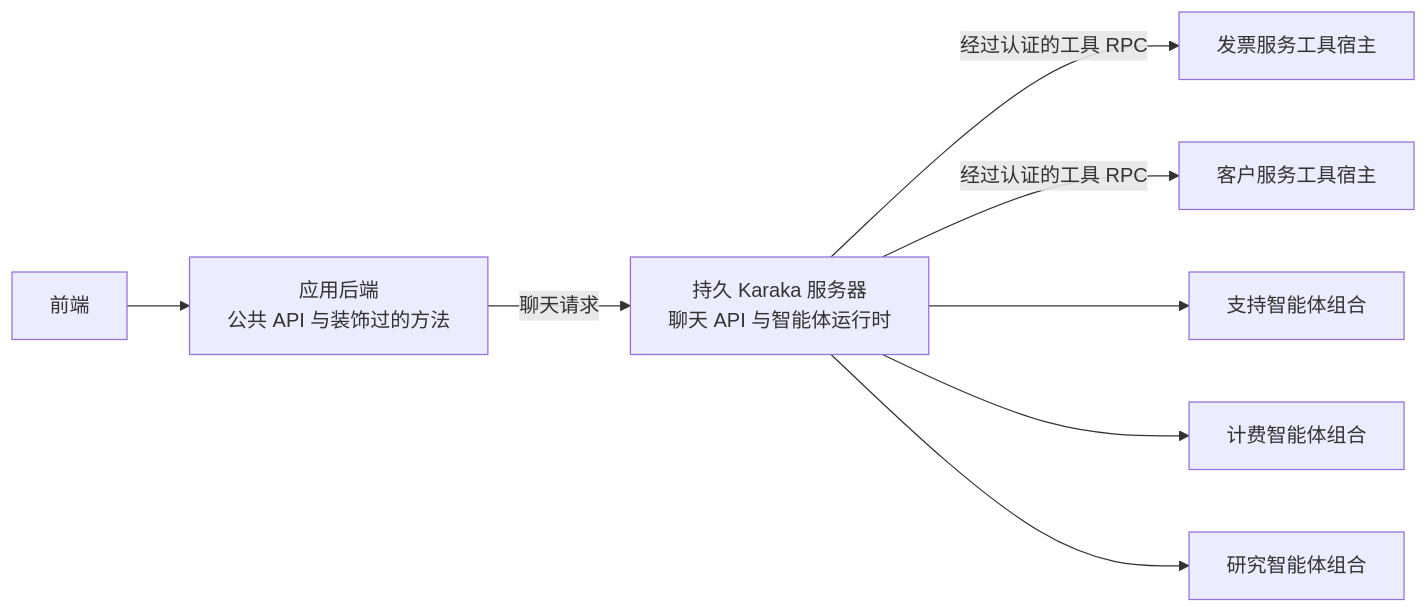
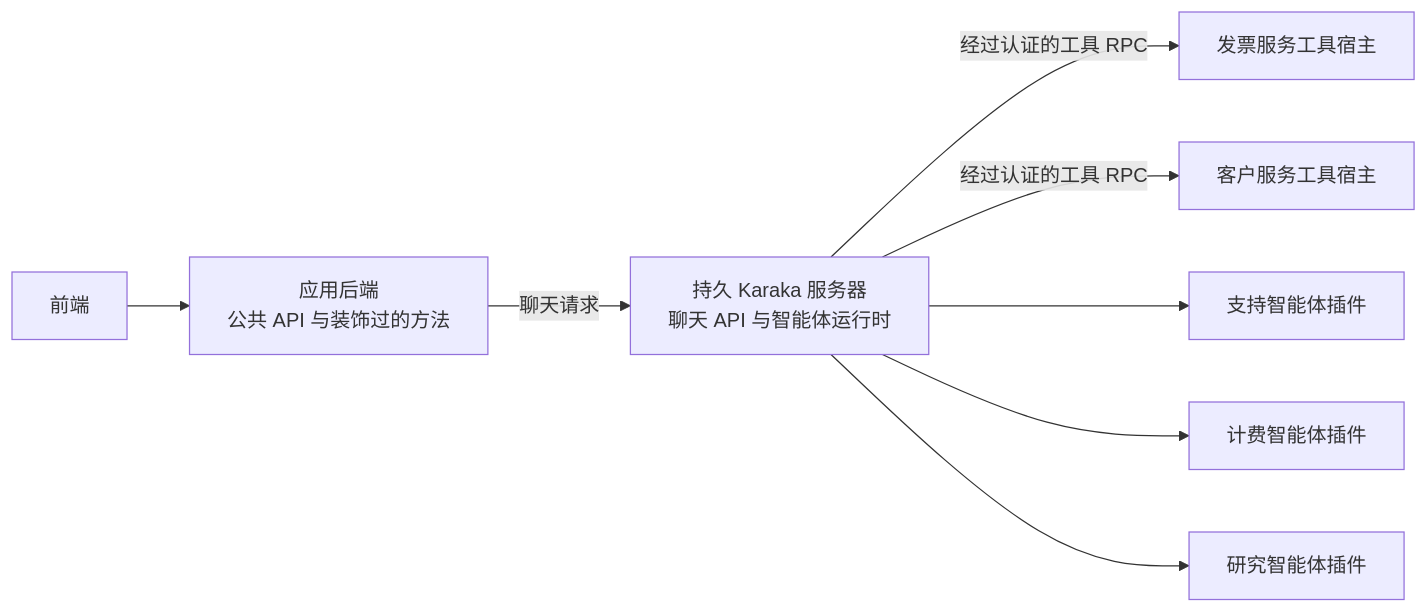
One commit to karaka-ai/karaka changed the sixth of 6 diagrams in docs/architecture.zh.md. Above: the diagram before and after it, drawn with Mermaid. The commit also changed other lines of this file and 11 other files, not shown here.

````diff
--- a/docs/architecture.zh.md
+++ b/docs/architecture.zh.md
@@ -393,10 +368,10 @@
 ```mermaid
 flowchart LR
   Frontend["前端"] --> Application["应用后端<br/>公共 API 与装饰过的方法"]
   Application -->|"聊天请求"| Karaka["持久 Karaka 服务器<br/>聊天 API 与智能体运行时"]
   Karaka -->|"经过认证的工具 RPC"| Invoice["发票服务工具宿主"]
   Karaka -->|"经过认证的工具 RPC"| Customer["客户服务工具宿主"]
-  Karaka --> Support["支持智能体组合"]
-  Karaka --> Billing["计费智能体组合"]
-  Karaka --> Research["研究智能体组合"]
+  Karaka --> Support["支持智能体插件"]
+  Karaka --> Billing["计费智能体插件"]
+  Karaka --> Research["研究智能体插件"]
 ```
````
